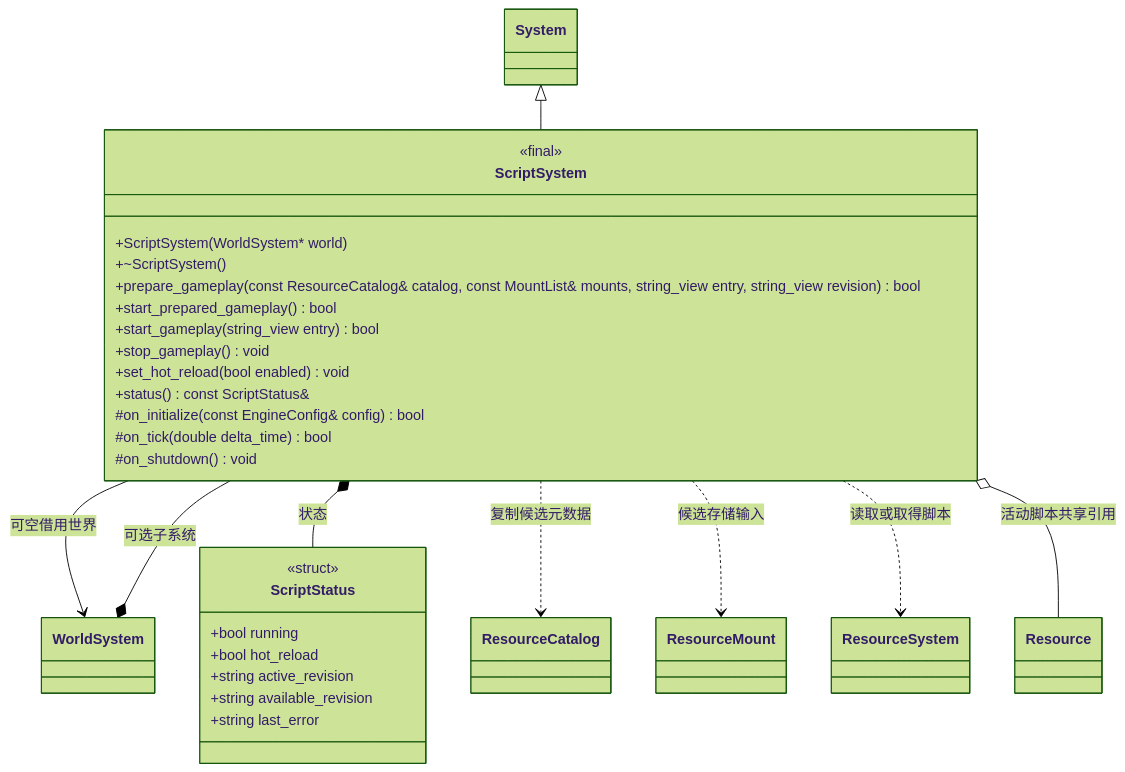
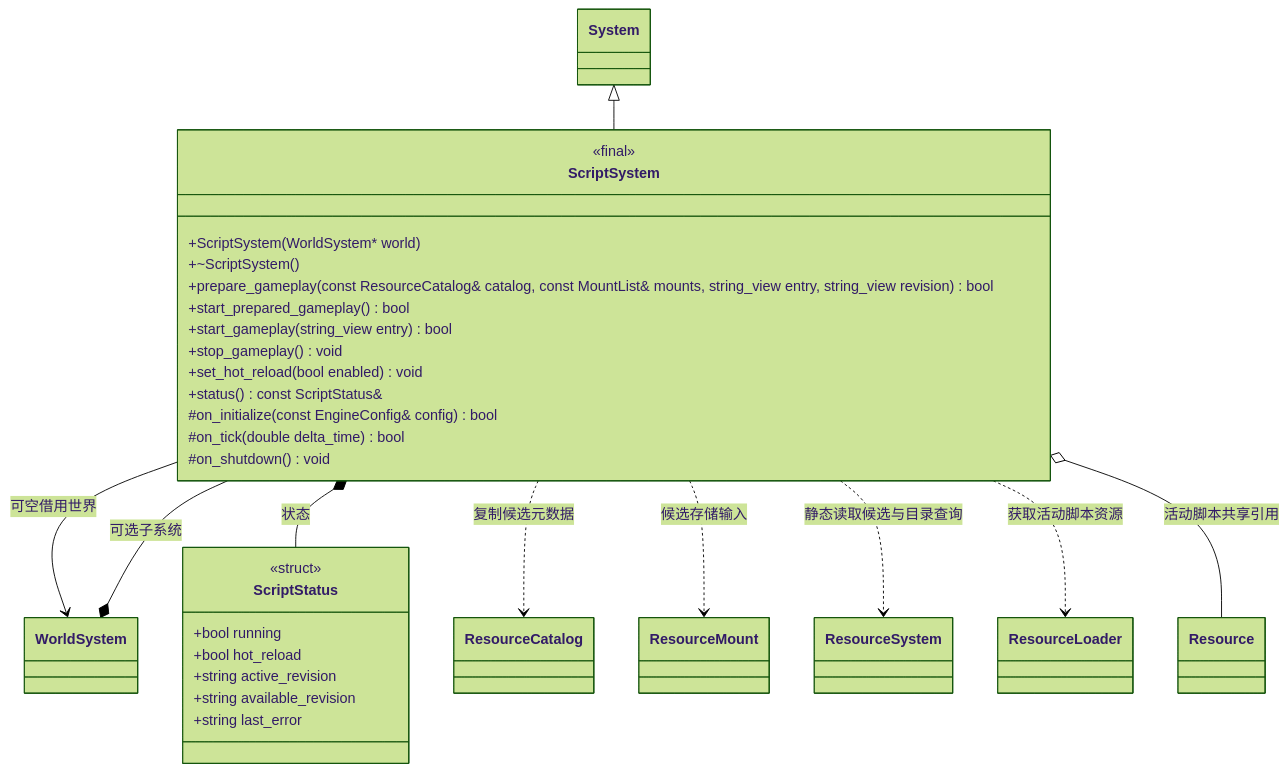
The first of 2 diagrams in docs/runtime/class-diagrams/script-system.md (lcals/Engine), drawn with Mermaid (forest theme) before and after one commit. The commit also changed 194 other files, not shown here.

````diff
--- a/docs/runtime/class-diagrams/script-system.md
+++ b/docs/runtime/class-diagrams/script-system.md
@@ -7,39 +7,41 @@
 ```mermaid
 classDiagram
     class ScriptSystem {
         <<final>>
         +ScriptSystem(WorldSystem#42; world)
         +~ScriptSystem()
         +prepare_gameplay(const ResourceCatalog& catalog, const MountList& mounts, string_view entry, string_view revision) bool
         +start_prepared_gameplay() bool
         +start_gameplay(string_view entry) bool
         +stop_gameplay() void
         +set_hot_reload(bool enabled) void
         +status() const ScriptStatus&
         #on_initialize(const EngineConfig& config) bool
         #on_tick(double delta_time) bool
         #on_shutdown() void
     }
     class ScriptStatus {
         <<struct>>
         +bool running
         +bool hot_reload
         +string active_revision
         +string available_revision
         +string last_error
     }
     class System
     class WorldSystem
     class ResourceCatalog
     class ResourceMount
     class Resource
     class ResourceSystem
+    class ResourceLoader
     System <|-- ScriptSystem
     WorldSystem *-- ScriptSystem : 可选子系统
     ScriptSystem --> WorldSystem : 可空借用世界
     ScriptSystem *-- ScriptStatus : 状态
     ScriptSystem ..> ResourceCatalog : 复制候选元数据
     ScriptSystem ..> ResourceMount : 候选存储输入
-    ScriptSystem ..> ResourceSystem : 读取或取得脚本
+    ScriptSystem ..> ResourceSystem : 静态读取候选与目录查询
+    ScriptSystem ..> ResourceLoader : 获取活动脚本资源
     ScriptSystem o-- Resource : 活动脚本共享引用
 ```
````
